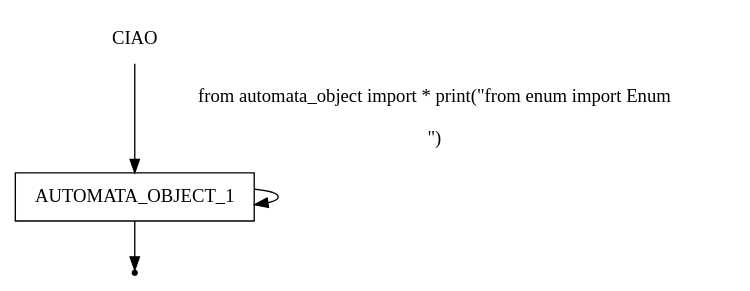
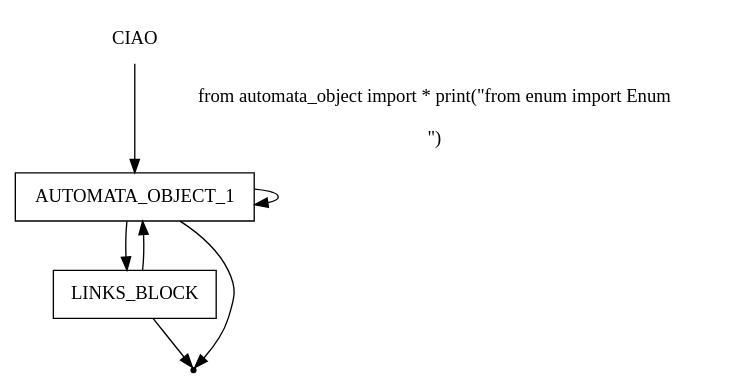
One commit to Samirox66/ciao changed the diagram in ciao_gv/ciao.gv. Above: the diagram before and after it, drawn with Graphviz. The commit also changed 3 other files, not shown here.

```diff
--- a/ciao_gv/ciao.gv
+++ b/ciao_gv/ciao.gv
@@ -1,8 +1,12 @@
 digraph CIAO {
     start [label=CIAO shape=plaintext]
     A [label=AUTOMATA_OBJECT_1 shape=box]
+    B [label=LINKS_BLOCK shape=box]
     end [label="" shape=point]
     start -> A [label="from automata_object import * print(\"from enum import Enum\n\n\")"]
     A -> A
+    A -> B
+    B -> A
+    B -> end
     A -> end
 }
```
